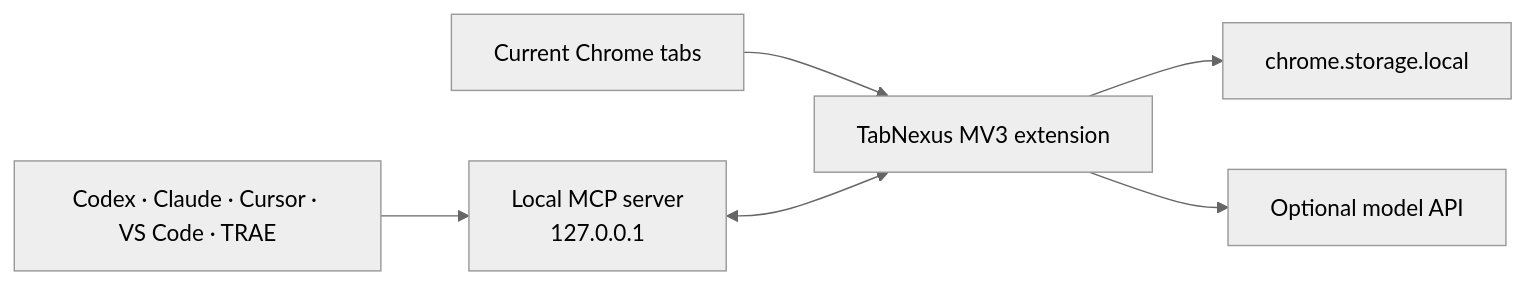
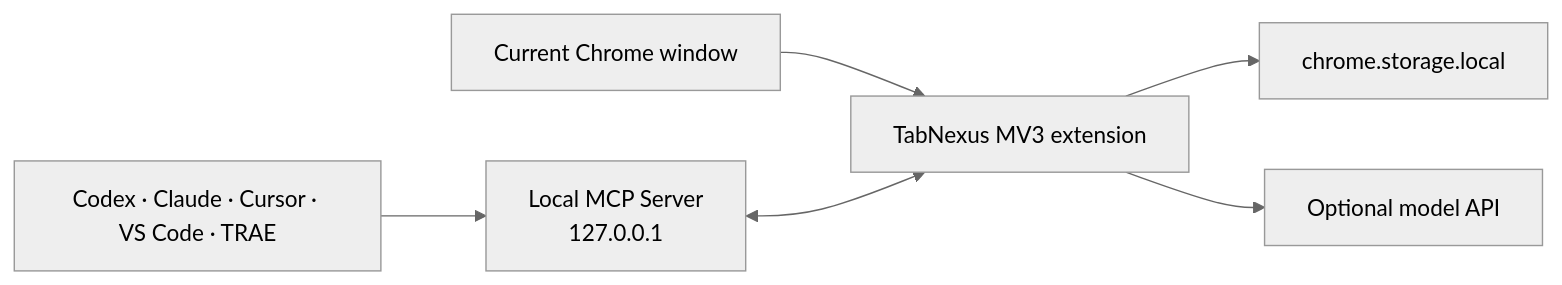
One commit to KaichenCurry/TabNexus changed the third of 3 diagrams in docs/README.en.md. Above: the diagram before and after it, drawn with Mermaid (neutral theme). The commit also changed other lines of this file and 1 other file, not shown here.

Commit message:
Clarify TabNexus product story and onboarding (#14)

````diff
--- a/docs/README.en.md
+++ b/docs/README.en.md
@@ -219,8 +214,8 @@
 ```mermaid
 flowchart LR
-    Chrome["Current Chrome tabs"] --> Extension["TabNexus MV3 extension"]
+    Chrome["Current Chrome window"] --> Extension["TabNexus MV3 extension"]
     Extension --> Storage["chrome.storage.local"]
     Extension --> Provider["Optional model API"]
-    Agent["Codex · Claude · Cursor · VS Code · TRAE"] --> MCP["Local MCP server<br/>127.0.0.1"]
+    Agent["Codex · Claude · Cursor · VS Code · TRAE"] --> MCP["Local MCP Server<br/>127.0.0.1"]
     MCP <--> Extension
 ```
````
